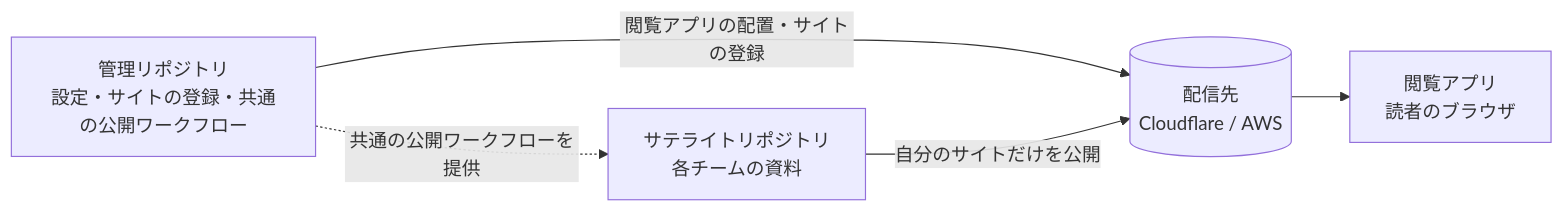
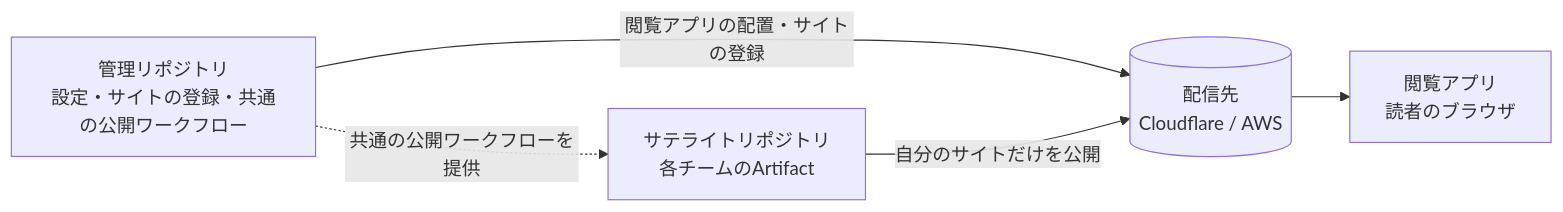
The diagram in sites/ja/README.md (artifact-pages/docs), drawn with Mermaid before and after one commit. The commit also changed other lines of this file and 35 other files, not shown here.

````diff
--- a/sites/ja/README.md
+++ b/sites/ja/README.md
@@ -19,11 +19,11 @@
 ```mermaid
 flowchart LR
   admin["管理リポジトリ<br>設定・サイトの登録・共通の公開ワークフロー"]
-  teams["サテライトリポジトリ<br>各チームの資料"]
+  teams["サテライトリポジトリ<br>各チームのArtifact"]
   store[("配信先<br>Cloudflare / AWS")]
   reader["閲覧アプリ<br>読者のブラウザ"]
   admin -- "閲覧アプリの配置・サイトの登録" --> store
   teams -- "自分のサイトだけを公開" --> store
   admin -. "共通の公開ワークフローを提供" .-> teams
   store --> reader
 ```
````
